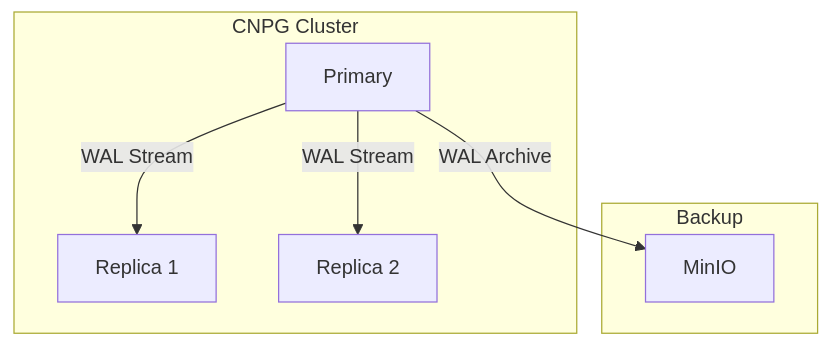
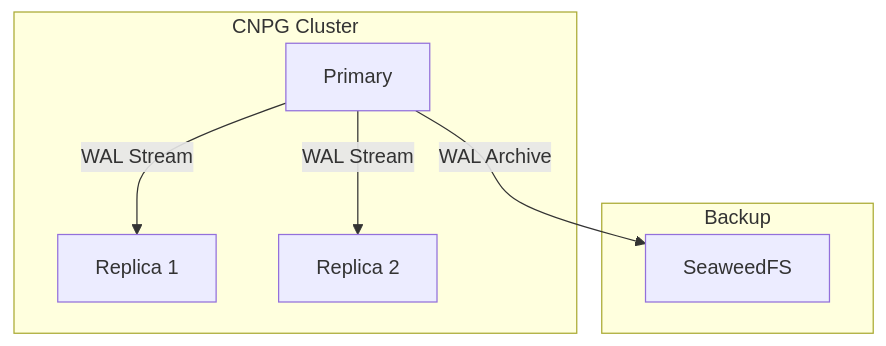
One commit to openova-io/openova changed the first of 2 diagrams in platform/cnpg/README.md. Above: the diagram before and after it, drawn with Mermaid. The commit also changed other lines of this file and 31 other files, not shown here.

First line of the commit message:
docs(seaweedfs+guacamole): replace MinIO with SeaweedFS as unified S3 encapsulation; add Guacamole to bp-relay

````diff
--- a/platform/cnpg/README.md
+++ b/platform/cnpg/README.md
@@ -23,16 +23,16 @@
 ```mermaid
 flowchart TB
     subgraph Cluster["CNPG Cluster"]
         Primary[Primary]
         Replica1[Replica 1]
         Replica2[Replica 2]
     end
 
     subgraph Backup["Backup"]
-        MinIO[MinIO]
+        SeaweedFS[SeaweedFS]
     end
 
     Primary -->|"WAL Stream"| Replica1
     Primary -->|"WAL Stream"| Replica2
-    Primary -->|"WAL Archive"| MinIO
+    Primary -->|"WAL Archive"| SeaweedFS
 ```
````
